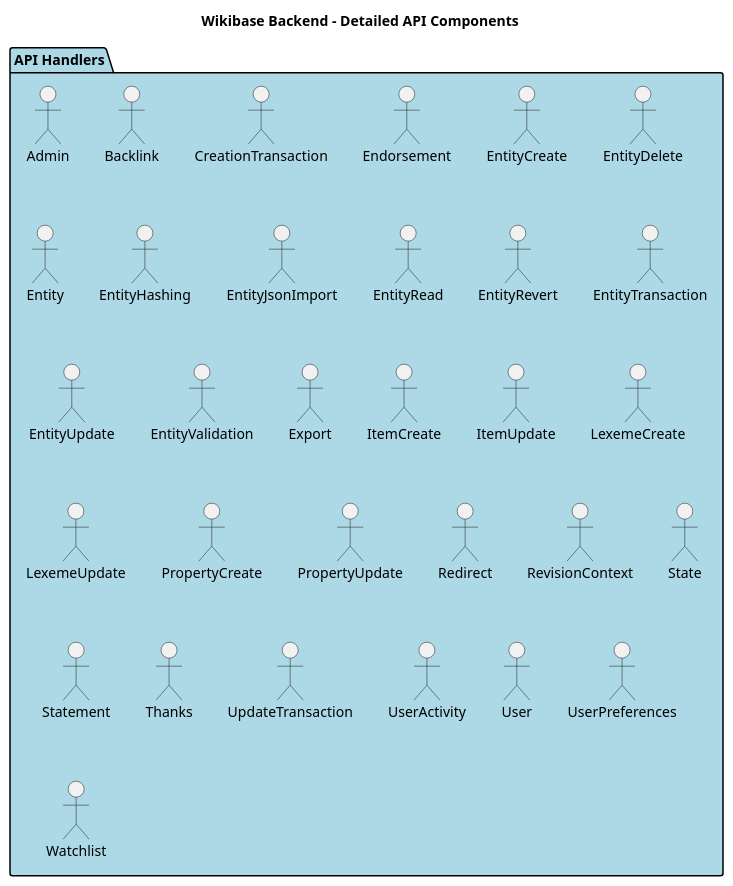
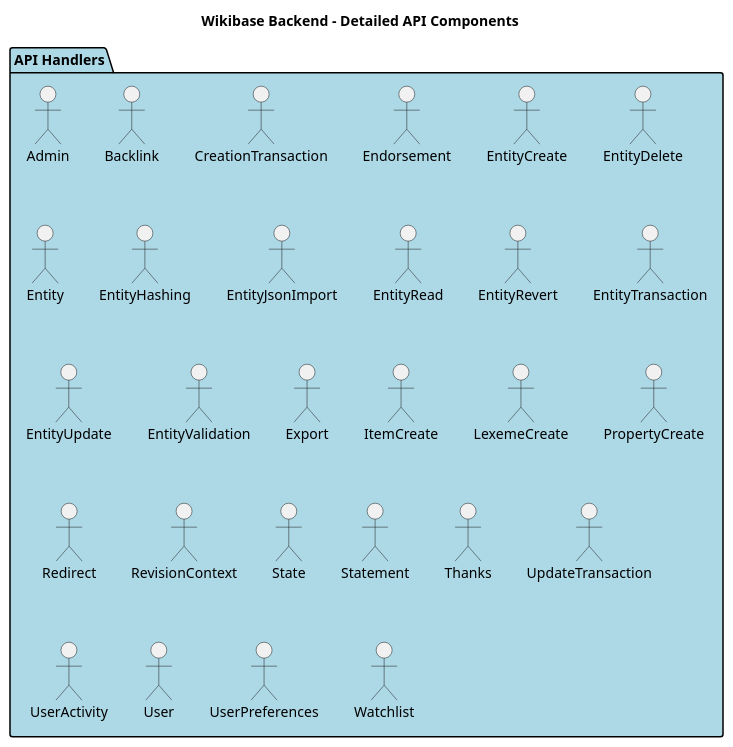
One commit to dpriskorn/entitybase-backend changed the diagram in doc/DIAGRAMS/detailed_api_components.puml. Above: the diagram before and after it, drawn with PlantUML. The commit also changed 15 other files, not shown here.

```diff
--- a/doc/DIAGRAMS/detailed_api_components.puml
+++ b/doc/DIAGRAMS/detailed_api_components.puml
@@ -1,39 +1,36 @@
 @startuml Detailed API Components
 
 title Wikibase Backend - Detailed API Components
 
 package "API Handlers" as APIHandlers #LightBlue {
     "Admin" as AdminHandler
     "Backlink" as BacklinkHandler
     "CreationTransaction" as CreationTransaction
     "Endorsement" as EndorsementHandler
     "EntityCreate" as EntityCreateHandler
     "EntityDelete" as EntityDeleteHandler
     "Entity" as EntityHandler
     "EntityHashing" as EntityHashingService
     "EntityJsonImport" as EntityJsonImportHandler
     "EntityRead" as EntityReadHandler
     "EntityRevert" as EntityRevertHandler
     "EntityTransaction" as EntityTransaction
     "EntityUpdate" as EntityUpdateHandler
     "EntityValidation" as EntityValidationService
     "Export" as ExportHandler
     "ItemCreate" as ItemCreateHandler
-    "ItemUpdate" as ItemUpdateHandler
     "LexemeCreate" as LexemeCreateHandler
-    "LexemeUpdate" as LexemeUpdateHandler
     "PropertyCreate" as PropertyCreateHandler
-    "PropertyUpdate" as PropertyUpdateHandler
     "Redirect" as RedirectHandler
     "RevisionContext" as RevisionContext
     "State" as StateHandler
     "Statement" as StatementHandler
     "Thanks" as ThanksHandler
     "UpdateTransaction" as UpdateTransaction
     "UserActivity" as UserActivityHandler
     "User" as UserHandler
     "UserPreferences" as UserPreferencesHandler
     "Watchlist" as WatchlistHandler
 }
 
 @enduml
```
